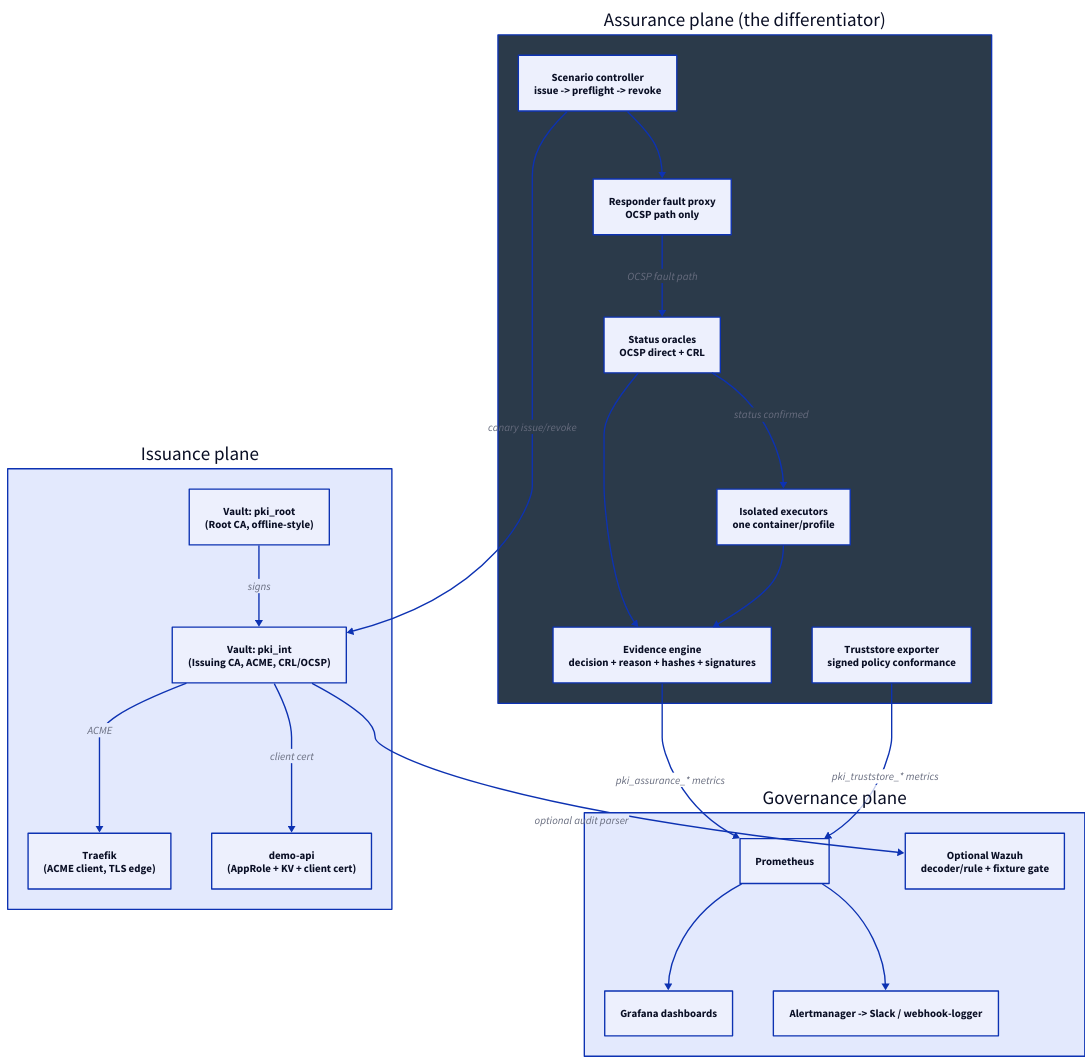
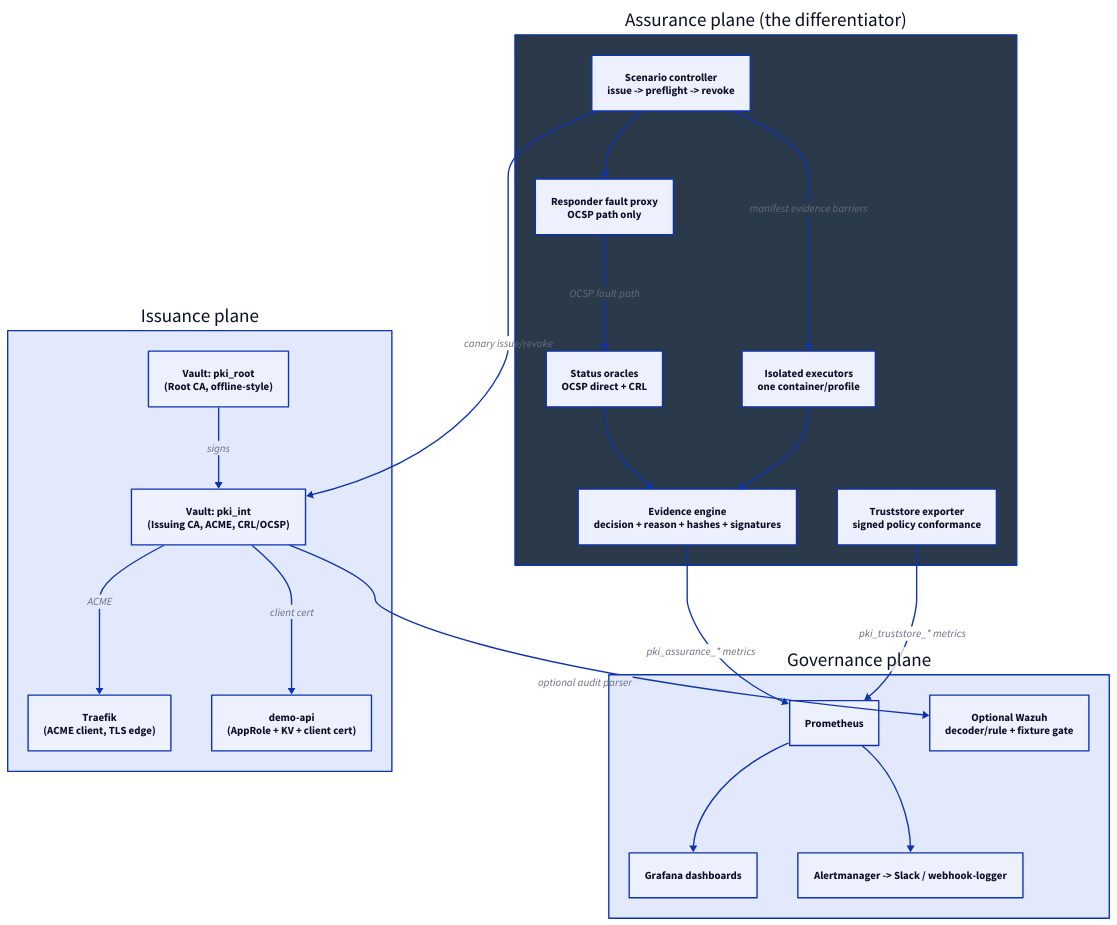
The diagram in docs/diagrams/architecture.d2 (ahpxna/pki-sentinel), drawn with D2 before and after one commit. The commit also changed 14 other files, not shown here.

```diff
--- a/docs/diagrams/architecture.d2
+++ b/docs/diagrams/architecture.d2
@@ -1,44 +1,44 @@
 # pki-sentinel architecture — regenerate the SVG with `make diagrams`
 # (requires the `d2` CLI: https://d2lang.com)
 
 issuance: Issuance plane {
   root_ca: "Vault: pki_root\n(Root CA, offline-style)"
   int_ca: "Vault: pki_int\n(Issuing CA, ACME, CRL/OCSP)"
   traefik: "Traefik\n(ACME client, TLS edge)"
   demo_api: "demo-api\n(AppRole + KV + client cert)"
 
   root_ca -> int_ca: signs
   int_ca -> traefik: ACME
   int_ca -> demo_api: client cert
 }
 
 assurance: Assurance plane (the differentiator) {
   style.fill: "#2b3a4a"
   controller: "Scenario controller\nissue -> preflight -> revoke"
   fault_proxy: "Responder fault proxy\nOCSP path only"
   oracles: "Status oracles\nOCSP direct + CRL"
   clients: "Isolated executors\none container/profile"
   evidence: "Evidence engine\ndecision + reason + hashes + signatures"
   drift: "Truststore exporter\nsigned policy conformance"
 
   controller -> fault_proxy
   fault_proxy -> oracles: OCSP fault path
-  oracles -> clients: status confirmed
+  controller -> clients: manifest evidence barriers
   oracles -> evidence
   clients -> evidence
 }
 
 governance: Governance plane {
   prometheus: Prometheus
   grafana: Grafana dashboards
   alertmanager: "Alertmanager -> Slack / webhook-logger"
   wazuh: "Optional Wazuh\ndecoder/rule + fixture gate"
 
   prometheus -> grafana
   prometheus -> alertmanager
 }
 
 assurance.controller -> issuance.int_ca: canary issue/revoke
 assurance.evidence -> governance.prometheus: pki_assurance_* metrics
 assurance.drift -> governance.prometheus: pki_truststore_* metrics
 issuance.int_ca -> governance.wazuh: optional audit parser
```
